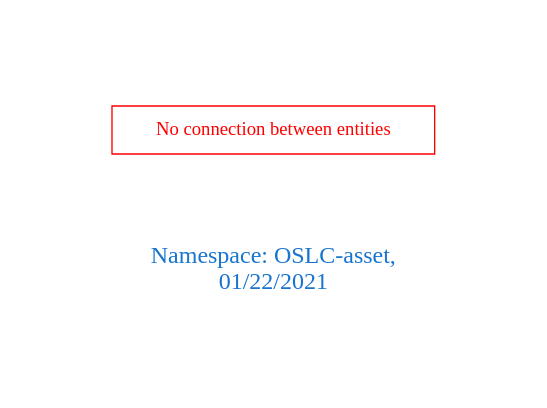
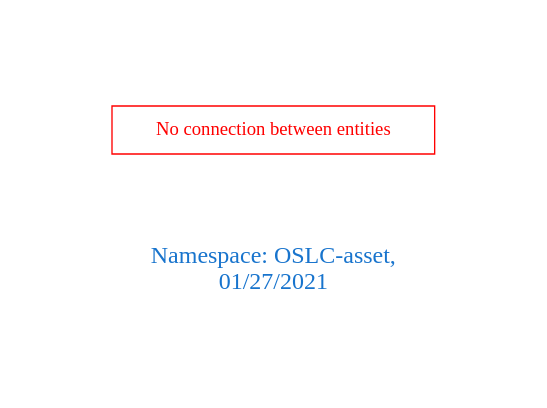
One commit to arago/OGIT changed the diagram in downloads/OSLC-asset.dot. Above: the diagram before and after it, drawn with Graphviz. The commit also changed 1838 other files, not shown here.

```diff
--- a/downloads/OSLC-asset.dot
+++ b/downloads/OSLC-asset.dot
@@ -1,9 +1,9 @@
 digraph OGIT_ontology {
  graph [ rankdir= LR,pad=1 
 fontsize = 18,
-fontcolor= dodgerblue3,label = "\n\n\nNamespace: OSLC-asset, \n 01/22/2021"];
+fontcolor= dodgerblue3,label = "\n\n\nNamespace: OSLC-asset, \n 01/27/2021"];
 node[shape=polygon];
 edge [  color="gray81"];
 
 "No connection between entities" [fontcolor = "red",color="red", shape="polygon"]
 }
```
